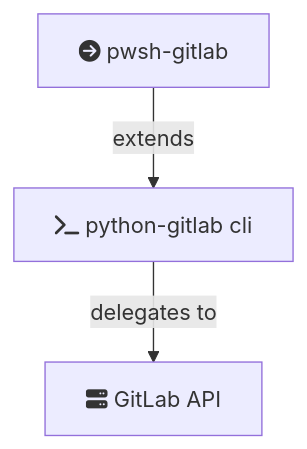
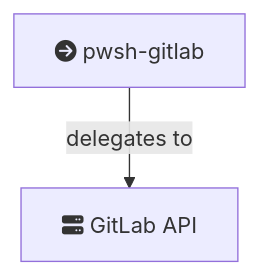
One commit to chris-peterson/pwsh-gitlab changed the diagram in TechStack.md. Above: the diagram before and after it, drawn with Mermaid. The commit also changed 9 other files, not shown here.

First line of the commit message:
Removed python cli dependency (#4)

````diff
--- a/TechStack.md
+++ b/TechStack.md
@@ -5,8 +5,6 @@
 ```mermaid
 graph TD
   pwsh-gitlab["fa:fa-arrow-circle-right pwsh-gitlab"]
-  python-gitlab["fa:fa-terminal python-gitlab cli"]
   gitlab-api["fa:fa-server GitLab API"]
-  pwsh-gitlab -- extends --> python-gitlab
-  python-gitlab -- delegates to --> gitlab-api
+  pwsh-gitlab -- delegates to --> gitlab-api
 ```
````
